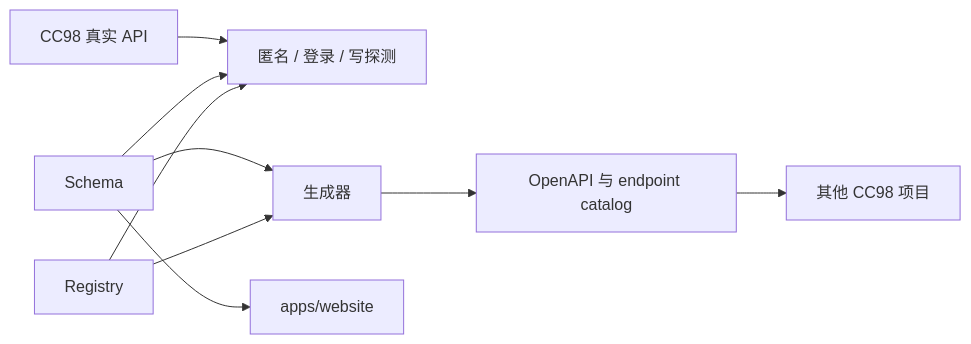
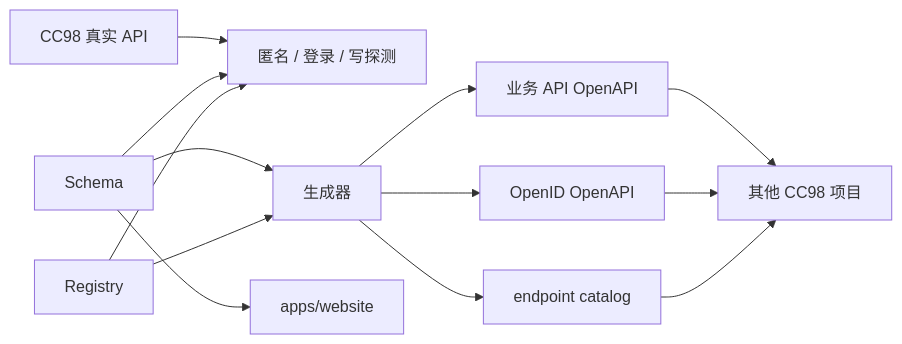
The first of 4 diagrams in ARCHITECTURE.md (shellRaining/cc98), drawn with Mermaid before and after one commit. The commit also changed other lines of this file and 2 other files, not shown here.

Commit message:
docs: 同步 2026-07-18 项目文档 (#6)

````diff
--- a/ARCHITECTURE.md
+++ b/ARCHITECTURE.md
@@ -9,11 +9,15 @@
 ```mermaid
 flowchart LR
   Live["CC98 真实 API"] --> Probe["匿名 / 登录 / 写探测"]
   Schema --> Probe
   Registry --> Probe
   Schema --> Generator["生成器"]
   Registry --> Generator
-  Generator --> OpenAPI["OpenAPI 与 endpoint catalog"]
+  Generator --> ApiOpenAPI["业务 API OpenAPI"]
+  Generator --> OpenIdOpenAPI["OpenID OpenAPI"]
+  Generator --> Catalog["endpoint catalog"]
   Schema --> Website["apps/website"]
-  OpenAPI --> Community["其他 CC98 项目"]
+  ApiOpenAPI --> Community["其他 CC98 项目"]
+  OpenIdOpenAPI --> Community
+  Catalog --> Community
 ```
````
